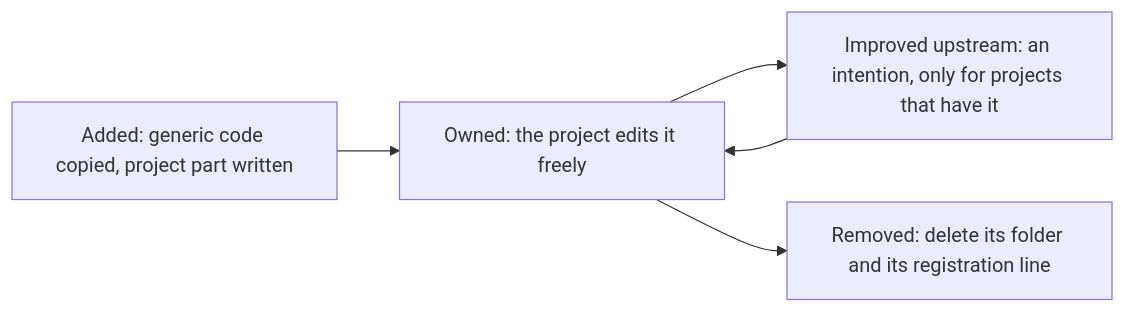
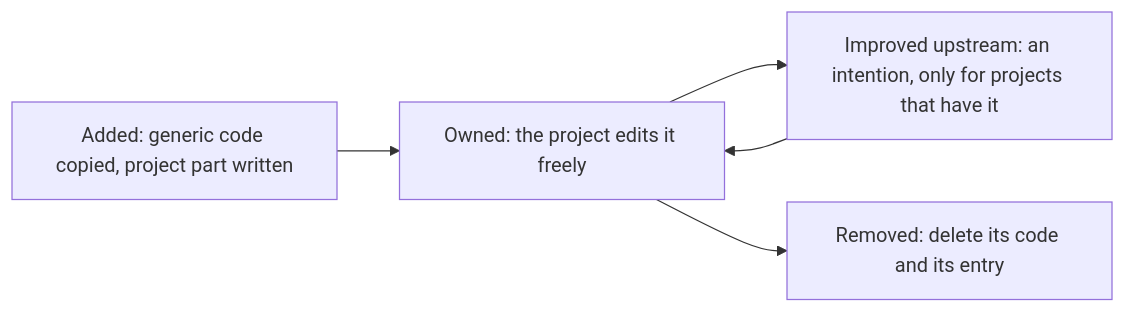
One commit to lonestone/lonestone-boilerplate changed the fourth of 5 diagrams in apps/documentation/src/content/docs/explanations/8_item-registry.mdx. Above: the diagram before and after it, drawn with Mermaid. The commit also changed other lines of this file, not shown here.

````diff
--- a/apps/documentation/src/content/docs/explanations/8_item-registry.mdx
+++ b/apps/documentation/src/content/docs/explanations/8_item-registry.mdx
@@ -142,7 +142,7 @@
 ```mermaid
 flowchart LR
   A[Added: generic code copied, project part written] --> B[Owned: the project edits it freely]
   B --> C[Improved upstream: an intention, only for projects that have it]
   C --> B
-  B --> D[Removed: delete its folder and its registration line]
+  B --> D[Removed: delete its code and its entry]
 ```
````
